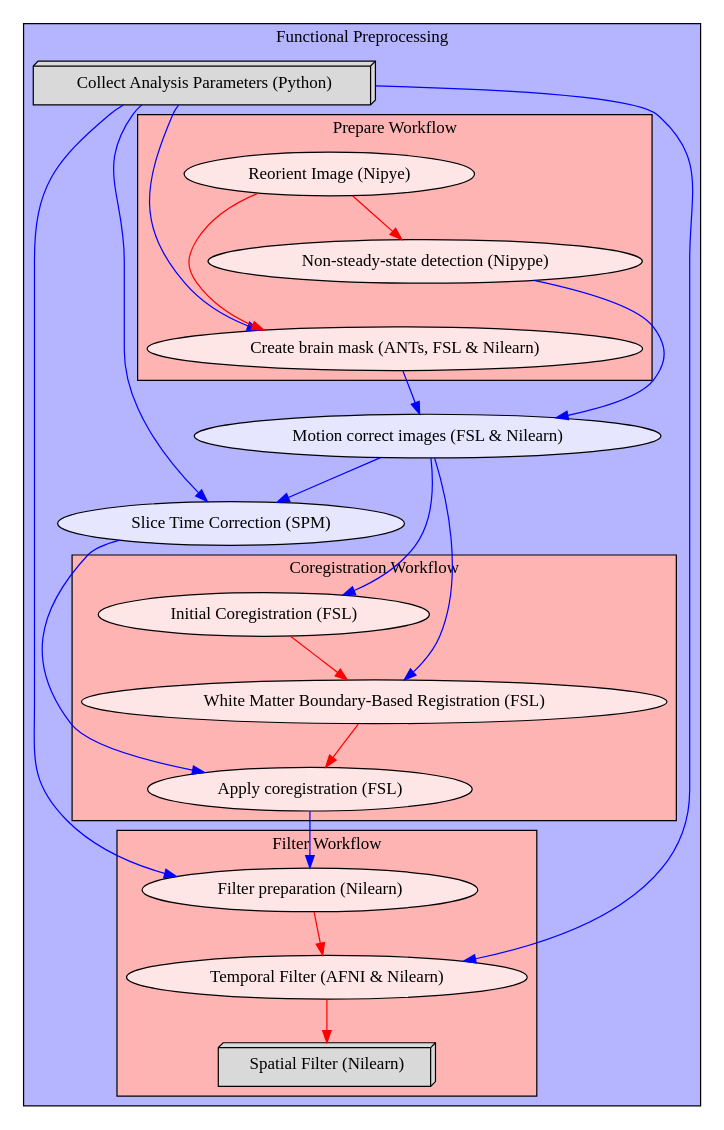
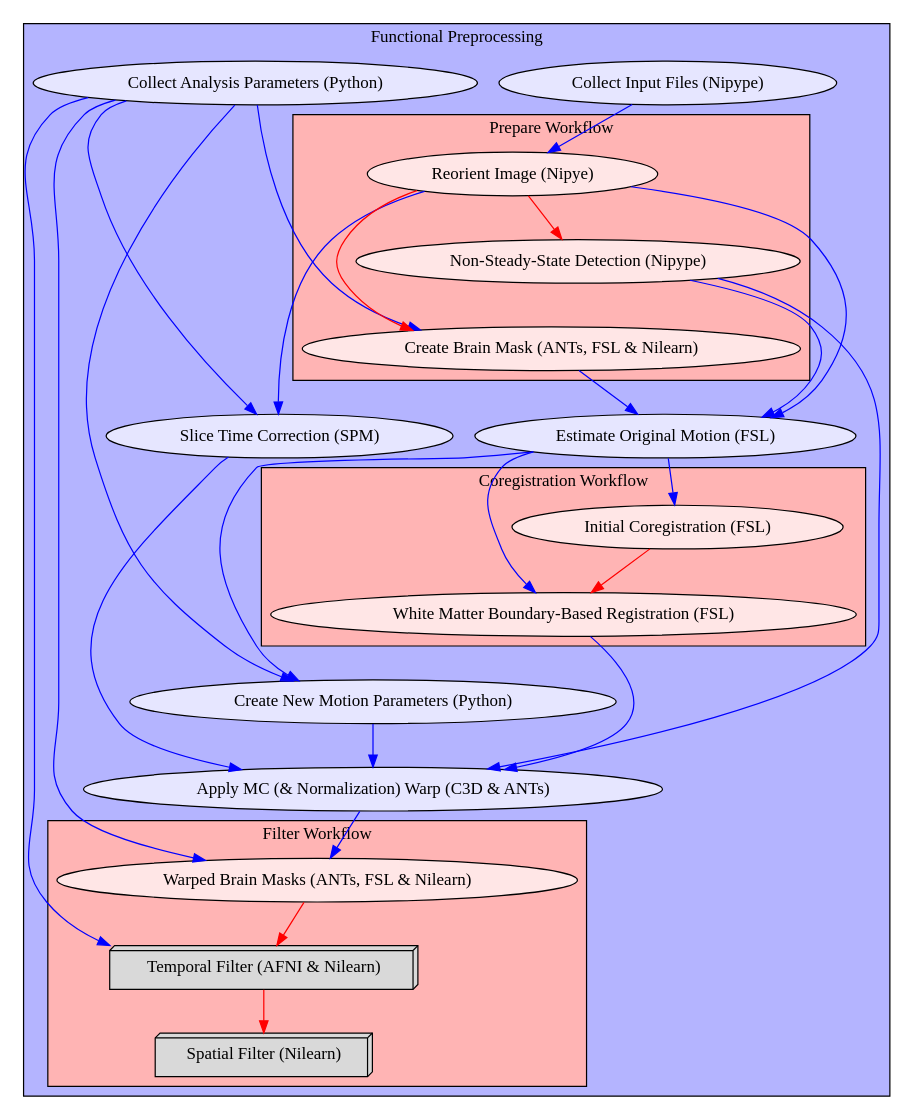
One commit to miykael/fmriflows changed the diagram in static/preproc_func.dot. Above: the diagram before and after it, drawn with Graphviz. The commit also changed other lines of this file and 3 other files, not shown here.

```diff
--- a/static/preproc_func.dot
+++ b/static/preproc_func.dot
@@ -1,58 +1,67 @@
 digraph preproc_func{
   subgraph cluster_preproc_func {
       edge [color="#0000FF"];
       style=filled;
       fillcolor="#B4B4FF";
       label="Functional Preprocessing";
-      motion_correction[label="Motion correct images (FSL & Nilearn)", style=filled, fillcolor="#E6E6FF"];
+      motion_estimation[label="Estimate Original Motion (FSL)", style=filled, fillcolor="#E6E6FF"];
+      motion_parameters[label="Create New Motion Parameters (Python)", style=filled, fillcolor="#E6E6FF"];
       slice_time[label="Slice Time Correction (SPM)", style=filled, fillcolor="#E6E6FF"];
-      get_Param[label="Collect Analysis Parameters (Python)", shape=box3d,style=filled, color=black, colorscheme=greys7, fillcolor=2];
+      get_Param[label="Collect Analysis Parameters (Python)", style=filled, fillcolor="#E6E6FF"];
+      inputnode[label="Collect Input Files (Nipype)", style=filled, fillcolor="#E6E6FF"];
+      apply_warp[label="Apply MC (& Normalization) Warp (C3D & ANTs)", style=filled, fillcolor="#E6E6FF"];
     subgraph cluster_prepareflow {
             edge [color="#FF0000"];
             style=filled;
             fillcolor="#FFB4B4";
             label="Prepare Workflow";
             prepareflow_reorient[label="Reorient Image (Nipye)", style=filled, fillcolor="#FFE6E6"];
-            prepareflow_nss_detection[label="Non-steady-state detection (Nipype)", style=filled, fillcolor="#FFE6E6"];
-            prepareflow_brain_extraction[label="Create brain mask (ANTs, FSL & Nilearn)", style=filled, fillcolor="#FFE6E6"];
+            prepareflow_nss_detection[label="Non-Steady-State Detection (Nipype)", style=filled, fillcolor="#FFE6E6"];
+            prepareflow_brain_extraction[label="Create Brain Mask (ANTs, FSL & Nilearn)", style=filled, fillcolor="#FFE6E6"];
             prepareflow_reorient -> prepareflow_nss_detection;
             prepareflow_reorient -> prepareflow_brain_extraction;
-            prepareflow_nss_detection -> prepareflow_brain_extraction [color="#00000000"];
     }
     subgraph cluster_coregflow {
             edge [color="#FF0000"];
             style=filled;
             fillcolor="#FFB4B4";
             label="Coregistration Workflow";
             coregflow_coreg_pre[label="Initial Coregistration (FSL)", style=filled, fillcolor="#FFE6E6"];
             coregflow_coreg_bbr[label="White Matter Boundary-Based Registration (FSL)", style=filled, fillcolor="#FFE6E6"];
-            coregflow_apply_coreg[label="Apply coregistration (FSL)", style=filled, fillcolor="#FFE6E6"];
             coregflow_coreg_pre -> coregflow_coreg_bbr;
-            coregflow_coreg_bbr -> coregflow_apply_coreg;
     }
     subgraph cluster_filterflow {
             edge [color="#FF0000"];
             style=filled;
             fillcolor="#FFB4B4";
             label="Filter Workflow";
-            filterflow_filter_preparation[label="Filter preparation (Nilearn)", style=filled, fillcolor="#FFE6E6"];
-            filterflow_temporal_filter[label="Temporal Filter (AFNI & Nilearn)", style=filled, fillcolor="#FFE6E6"];
+            filterflow_warp_masks[label="Warped Brain Masks (ANTs, FSL & Nilearn)", style=filled, fillcolor="#FFE6E6"];
+            filterflow_temporal_filter[label="Temporal Filter (AFNI & Nilearn)", shape=box3d,style=filled, color=black, colorscheme=greys7, fillcolor=2];
             filterflow_spatial_filter[label="Spatial Filter (Nilearn)", shape=box3d,style=filled, color=black, colorscheme=greys7, fillcolor=2];
-            filterflow_filter_preparation -> filterflow_temporal_filter;
+            filterflow_warp_masks -> filterflow_temporal_filter;
             filterflow_temporal_filter -> filterflow_spatial_filter;
     }
-    prepareflow_brain_extraction -> motion_correction;
-    prepareflow_nss_detection -> motion_correction;
-    motion_correction -> slice_time;
-    motion_correction -> coregflow_coreg_pre;
-    motion_correction -> coregflow_coreg_bbr;
-    slice_time -> coregflow_apply_coreg;
-    slice_time -> coregflow_coreg_pre [color="#00000000"];
-    coregflow_apply_coreg -> filterflow_filter_preparation;
+    get_Param -> prepareflow_reorient [color="#00000000"];
+    prepareflow_brain_extraction -> slice_time [color="#00000000"];
+    prepareflow_nss_detection -> prepareflow_brain_extraction [color="#00000000"];
+    coregflow_coreg_bbr -> motion_parameters [color="#00000000"];
+    inputnode -> prepareflow_reorient;
+    prepareflow_reorient -> motion_estimation;
+    prepareflow_brain_extraction -> motion_estimation;
+    prepareflow_nss_detection -> motion_estimation;
+    prepareflow_reorient -> slice_time;
+    motion_estimation -> coregflow_coreg_pre;
+    motion_estimation -> coregflow_coreg_bbr;
+    motion_estimation -> motion_parameters;
+    motion_parameters -> apply_warp;
+    slice_time -> apply_warp;
+    coregflow_coreg_bbr -> apply_warp;
+    prepareflow_nss_detection -> apply_warp;
+    apply_warp -> filterflow_warp_masks;
     get_Param -> slice_time;
-    get_Param -> filterflow_filter_preparation;
+    get_Param -> motion_parameters;
+    get_Param -> filterflow_warp_masks;
     get_Param -> filterflow_temporal_filter;
     get_Param -> prepareflow_brain_extraction;
-    get_Param -> prepareflow_reorient [color="#00000000"];
   }
 }
```
